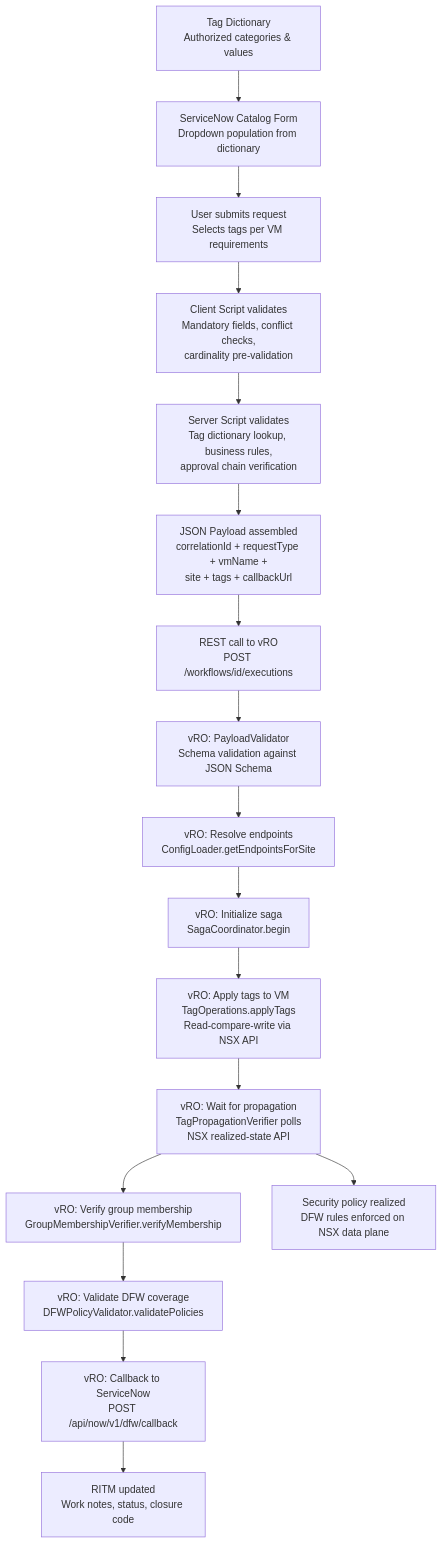
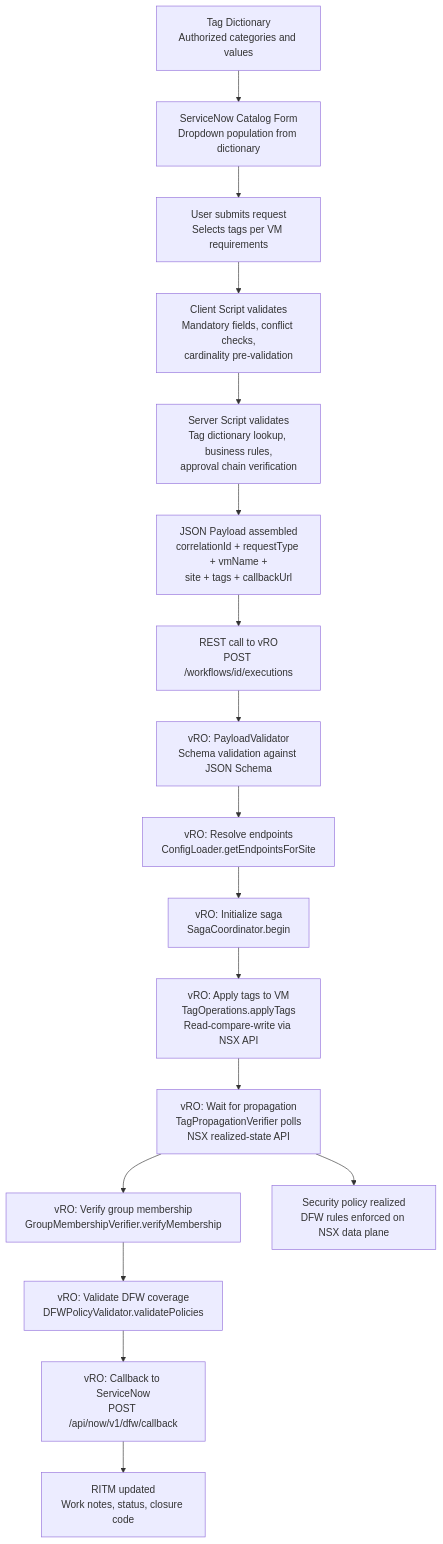
Before and after one commit to srikanth-nalam/dfw-automation-pipeline: the second of 15 diagrams in docs/HLD.md, drawn with Mermaid. The commit also changed other lines of this file and 12 other files, not shown here.

First line of the commit message:
fix: resolve Mermaid diagram rendering issues across all docs

````diff
--- a/docs/HLD.md
+++ b/docs/HLD.md
@@ -301,19 +301,19 @@
 ```mermaid
 flowchart TB
-    A["Tag Dictionary\nAuthorized categories & values"] --> B["ServiceNow Catalog Form\nDropdown population from dictionary"]
+    A["Tag Dictionary\nAuthorized categories and values"] --> B["ServiceNow Catalog Form\nDropdown population from dictionary"]
     B --> C["User submits request\nSelects tags per VM requirements"]
     C --> D["Client Script validates\nMandatory fields, conflict checks,\ncardinality pre-validation"]
     D --> E["Server Script validates\nTag dictionary lookup, business rules,\napproval chain verification"]
     E --> F["JSON Payload assembled\ncorrelationId + requestType + vmName +\nsite + tags + callbackUrl"]
     F --> G["REST call to vRO\nPOST /workflows/id/executions"]
     G --> H["vRO: PayloadValidator\nSchema validation against JSON Schema"]
     H --> I["vRO: Resolve endpoints\nConfigLoader.getEndpointsForSite"]
     I --> J["vRO: Initialize saga\nSagaCoordinator.begin"]
     J --> K["vRO: Apply tags to VM\nTagOperations.applyTags\nRead-compare-write via NSX API"]
     K --> L["vRO: Wait for propagation\nTagPropagationVerifier polls\nNSX realized-state API"]
     L --> M["vRO: Verify group membership\nGroupMembershipVerifier.verifyMembership"]
     M --> N["vRO: Validate DFW coverage\nDFWPolicyValidator.validatePolicies"]
     N --> O["vRO: Callback to ServiceNow\nPOST /api/now/v1/dfw/callback"]
     O --> P["RITM updated\nWork notes, status, closure code"]
     L --> Q["Security policy realized\nDFW rules enforced on NSX data plane"]
 ```
````
